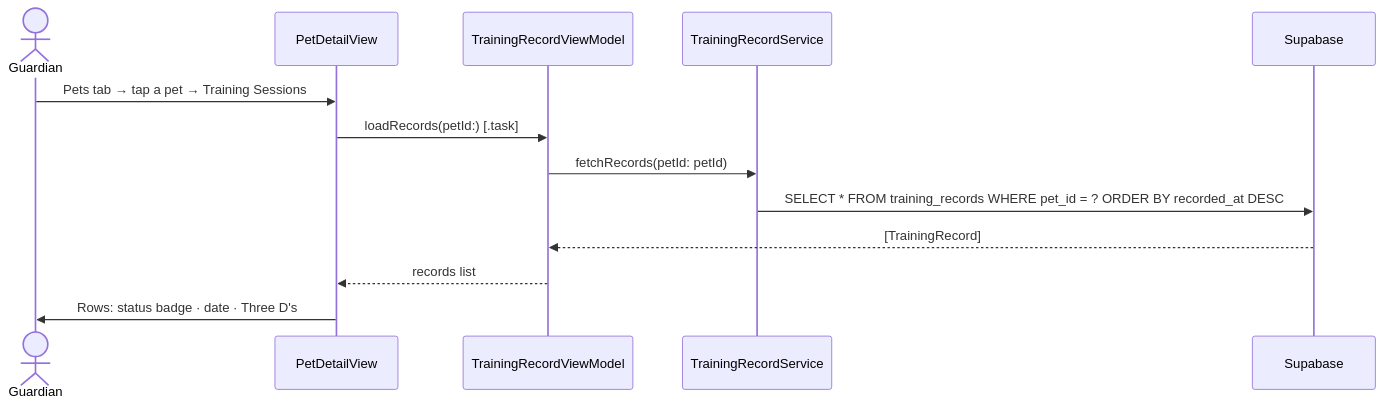
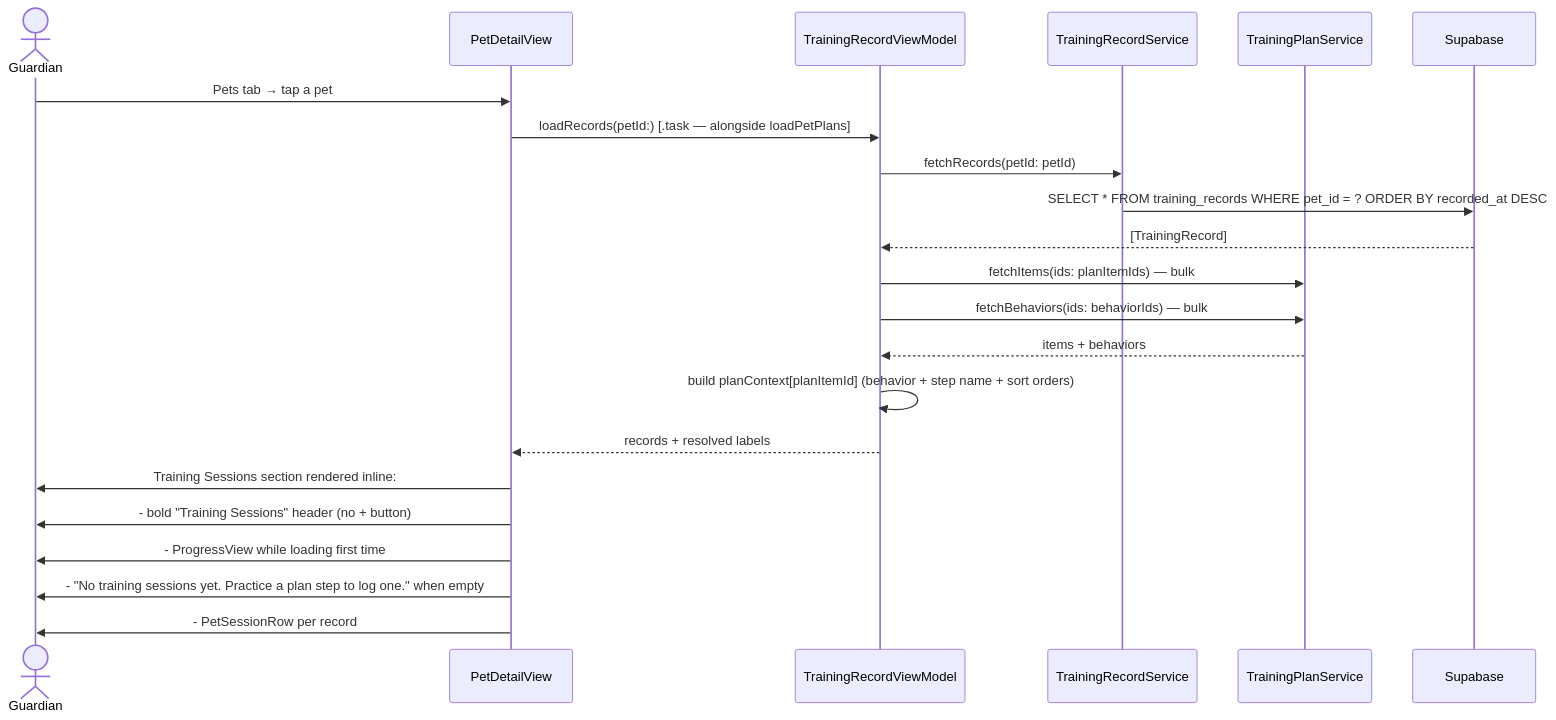
The second of 5 diagrams in docs/use_cases/log_training.md (markculley/-HoundHabit_Android), drawn with Mermaid before and after one commit. The commit also changed other lines of this file and 20 other files, not shown here.

````diff
--- a/docs/use_cases/log_training.md
+++ b/docs/use_cases/log_training.md
@@ -40,16 +47,25 @@
 ```mermaid
 sequenceDiagram
     actor G as Guardian
     participant PD as PetDetailView
     participant RVM as TrainingRecordViewModel
-    participant SVC as TrainingRecordService
+    participant TS as TrainingRecordService
+    participant PS as TrainingPlanService
     participant DB as Supabase
 
-    G->>PD: Pets tab → tap a pet → Training Sessions
-    PD->>RVM: loadRecords(petId:) [.task]
-    RVM->>SVC: fetchRecords(petId: petId)
-    SVC->>DB: SELECT * FROM training_records WHERE pet_id = ? ORDER BY recorded_at DESC
+    G->>PD: Pets tab → tap a pet
+    PD->>RVM: loadRecords(petId:) [.task — alongside loadPetPlans]
+    RVM->>TS: fetchRecords(petId: petId)
+    TS->>DB: SELECT * FROM training_records WHERE pet_id = ? ORDER BY recorded_at DESC
     DB-->>RVM: [TrainingRecord]
-    RVM-->>PD: records list
-    PD->>G: Rows: status badge · date · Three D's
+    RVM->>PS: fetchItems(ids: planItemIds) — bulk
+    RVM->>PS: fetchBehaviors(ids: behaviorIds) — bulk
+    PS-->>RVM: items + behaviors
+    RVM->>RVM: build planContext[planItemId] (behavior + step name + sort orders)
+    RVM-->>PD: records + resolved labels
+    PD->>G: Training Sessions section rendered inline:
+    PD->>G:  - bold "Training Sessions" header (no + button)
+    PD->>G:  - ProgressView while loading first time
+    PD->>G:  - "No training sessions yet. Practice a plan step to log one." when empty
+    PD->>G:  - PetSessionRow per record
 ```
````
